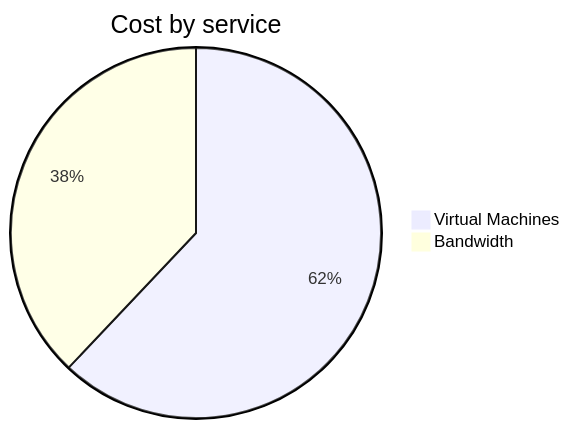
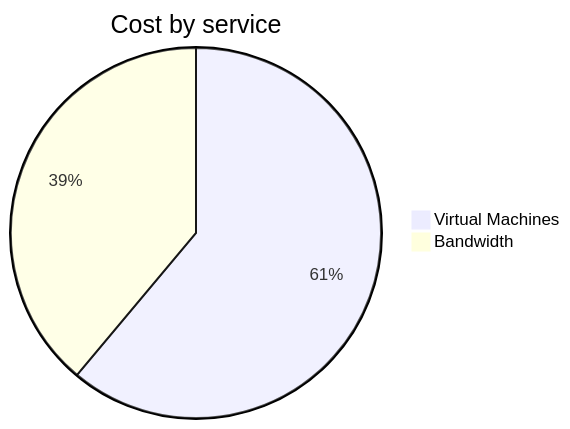
Before and after one commit to jpfulton/azure-personal-reports: the second of 4 diagrams in cost-reports/personal-network/vpn-server.md, drawn with Mermaid. The commit also changed other lines of this file and 8 other files, not shown here.

````diff
--- a/cost-reports/personal-network/vpn-server.md
+++ b/cost-reports/personal-network/vpn-server.md
@@ -94,6 +94,6 @@
 ```mermaid
 pie
    title Cost by service
-   "Virtual Machines" : 4.35
-   "Bandwidth" : 2.66
+   "Virtual Machines" : 4.54
+   "Bandwidth" : 2.89
 ```
````
